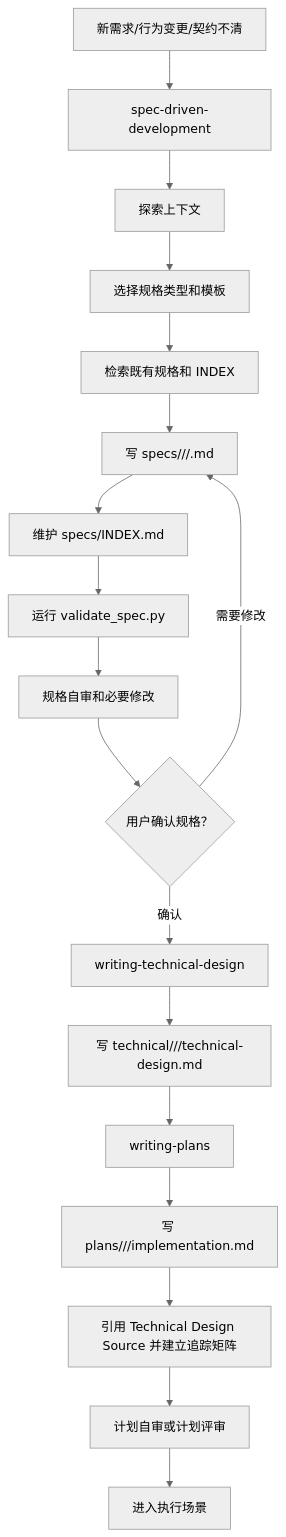
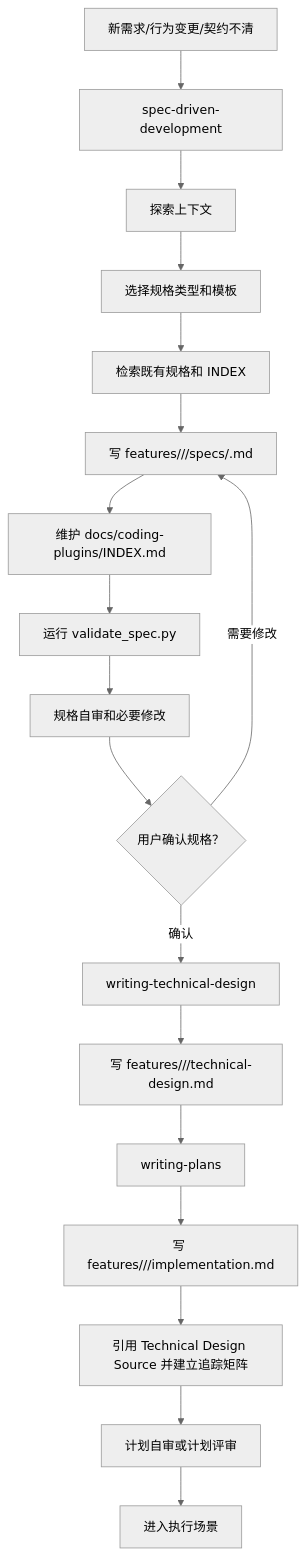
One commit to Vincen-dev/coding-plugins changed the third of 11 diagrams in docs/workflow-chain.md. Above: the diagram before and after it, drawn with Mermaid (neutral theme). The commit also changed other lines of this file and 70 other files, not shown here.

````diff
--- a/docs/workflow-chain.md
+++ b/docs/workflow-chain.md
@@ -177,20 +177,20 @@
 ```mermaid
 flowchart TD
   A["新需求/行为变更/契约不清"] --> B["spec-driven-development"]
   B --> C["探索上下文"]
   C --> D["选择规格类型和模板"]
   D --> E["检索既有规格和 INDEX"]
-  E --> F["写 specs/<area>/<capability>/<spec-kind>.md"]
-  F --> G["维护 specs/INDEX.md"]
+  E --> F["写 features/<area>/<capability>/specs/<spec-kind>.md"]
+  F --> G["维护 docs/coding-plugins/INDEX.md"]
   G --> H["运行 validate_spec.py"]
   H --> I["规格自审和必要修改"]
   I --> J{"用户确认规格？"}
   J -->|需要修改| F
   J -->|确认| TD["writing-technical-design"]
-  TD --> K["写 technical/<area>/<capability>/technical-design.md"]
+  TD --> K["写 features/<area>/<capability>/technical-design.md"]
   K --> L["writing-plans"]
-  L --> M["写 plans/<area>/<capability>/implementation.md"]
+  L --> M["写 features/<area>/<capability>/implementation.md"]
   M --> N["引用 Technical Design Source 并建立追踪矩阵"]
   N --> O["计划自审或计划评审"]
   O --> P["进入执行场景"]
 ```
````
